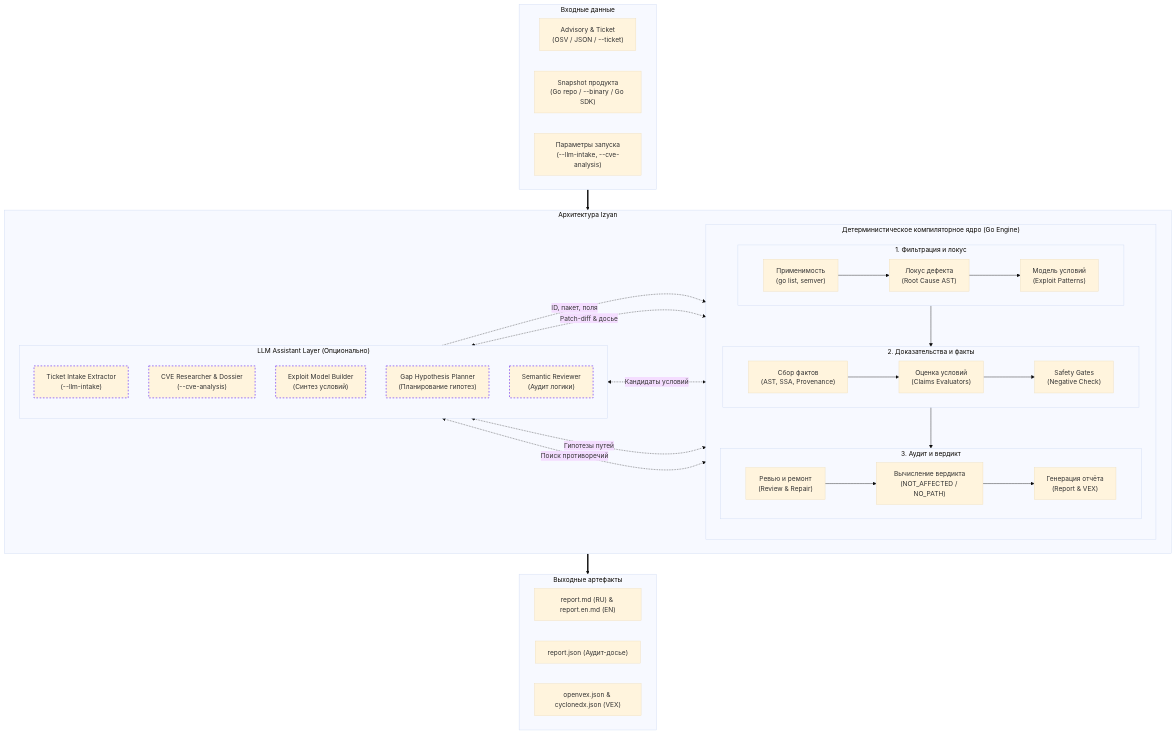
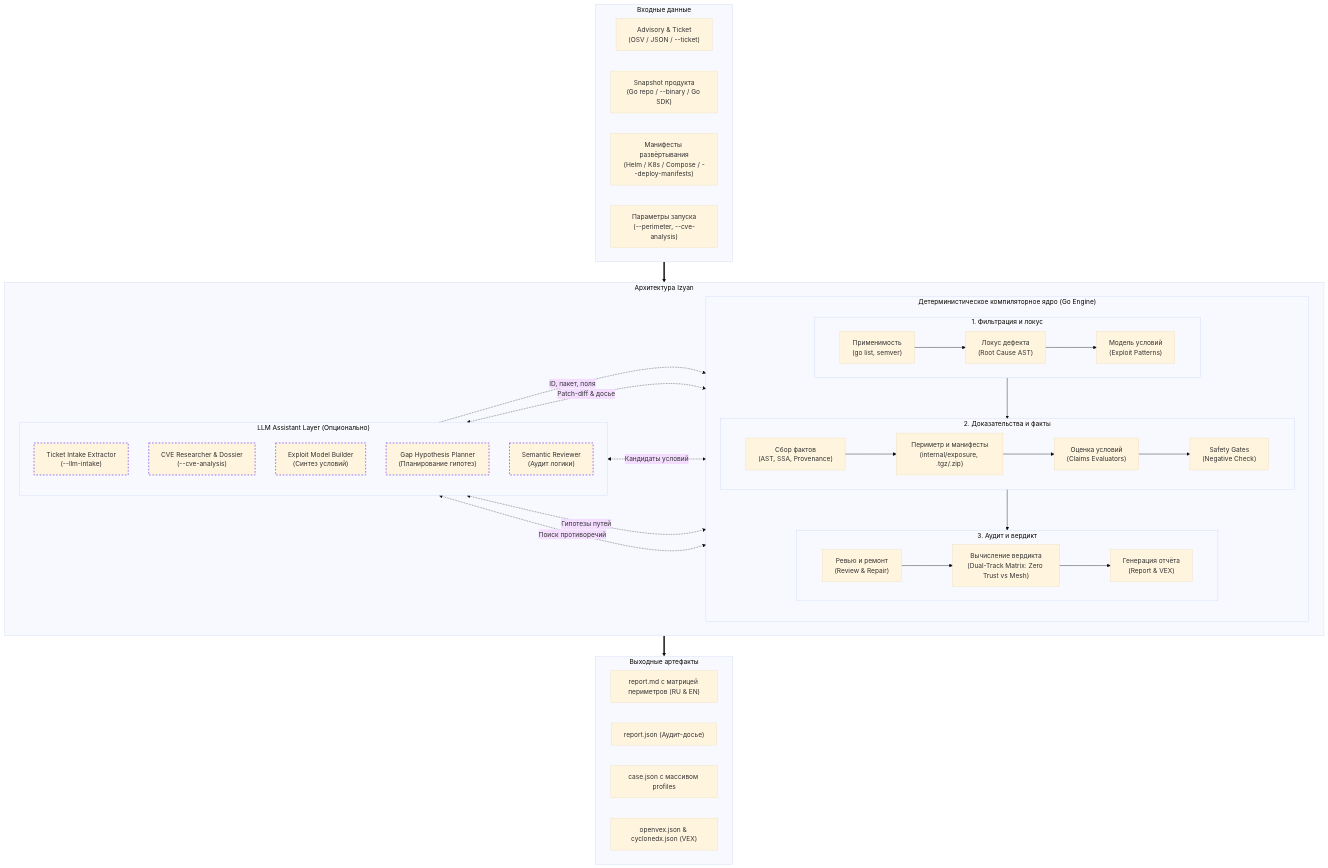
One commit to davniy/izyan changed the first of 3 diagrams in docs/architecture.md. Above: the diagram before and after it, drawn with Mermaid (base theme). The commit also changed other lines of this file and 3 other files, not shown here.

Commit message:
docs: update root README, architecture and CLI with dual-track perimeter and tracker envelope

````diff
--- a/docs/architecture.md
+++ b/docs/architecture.md
@@ -11,58 +11,60 @@
 ```mermaid
 flowchart TD
     subgraph Inputs ["Входные данные"]
         direction LR
         Adv["Advisory & Ticket<br>(OSV / JSON / --ticket)"]
         Snap["Snapshot продукта<br>(Go repo / --binary / Go SDK)"]
-        Cfg["Параметры запуска<br>(--llm-intake, --cve-analysis)"]
+        Dep["Манифесты развёртывания<br>(Helm / K8s / Compose / --deploy-manifests)"]
+        Cfg["Параметры запуска<br>(--perimeter, --cve-analysis)"]
     end
 
     subgraph Architecture ["Архитектура Izyan"]
         direction LR
 
         subgraph Core ["Детерминистическое компиляторное ядро (Go Engine)"]
             direction TB
             subgraph Phase1 ["1. Фильтрация и локус"]
                 direction LR
                 S1["Применимость<br>(go list, semver)"] --> S2["Локус дефекта<br>(Root Cause AST)"] --> S3["Модель условий<br>(Exploit Patterns)"]
             end
             subgraph Phase2 ["2. Доказательства и факты"]
                 direction LR
-                S4["Сбор фактов<br>(AST, SSA, Provenance)"] --> S5["Оценка условий<br>(Claims Evaluators)"] --> S6["Safety Gates<br>(Negative Check)"]
+                S4["Сбор фактов<br>(AST, SSA, Provenance)"] --> S4b["Периметр и манифесты<br>(internal/exposure, .tgz/.zip)"] --> S5["Оценка условий<br>(Claims Evaluators)"] --> S6["Safety Gates<br>(Negative Check)"]
             end
             subgraph Phase3 ["3. Аудит и вердикт"]
                 direction LR
-                S7["Ревью и ремонт<br>(Review & Repair)"] --> S8["Вычисление вердикта<br>(NOT_AFFECTED / NO_PATH)"] --> S9["Генерация отчёта<br>(Report & VEX)"]
+                S7["Ревью и ремонт<br>(Review & Repair)"] --> S8["Вычисление вердикта<br>(Dual-Track Matrix: Zero Trust vs Mesh)"] --> S9["Генерация отчёта<br>(Report & VEX)"]
             end
             Phase1 --> Phase2 --> Phase3
         end
 
         subgraph LLMLayer ["LLM Assistant Layer (Опционально)"]
             direction TB
             L1["Ticket Intake Extractor<br>(--llm-intake)"]
             L2["CVE Researcher & Dossier<br>(--cve-analysis)"]
             L3["Exploit Model Builder<br>(Синтез условий)"]
             L4["Gap Hypothesis Planner<br>(Планирование гипотез)"]
             L5["Semantic Reviewer<br>(Аудит логики)"]
         end
     end
 
     subgraph Outputs ["Выходные артефакты"]
         direction LR
-        RepMD["report.md (RU) & report.en.md (EN)"]
+        RepMD["report.md с матрицей периметров (RU & EN)"]
         RepJSON["report.json (Аудит-досье)"]
+        CaseJSON["case.json с массивом profiles"]
         VEX["openvex.json & cyclonedx.json (VEX)"]
     end
 
     Inputs ==> Phase1
     L1 -.->|ID, пакет, поля| S1
     L2 <.->|Patch-diff & досье| S2
     L3 <.->|Кандидаты условий| S3
     L4 <.->|Гипотезы путей| S4
     L5 <.->|Поиск противоречий| S7
 
     Phase3 ==> Outputs
 
     classDef llmNode stroke:#8b5cf6,stroke-width:2px,stroke-dasharray: 4 4;
     class L1,L2,L3,L4,L5 llmNode;
 ```
````
